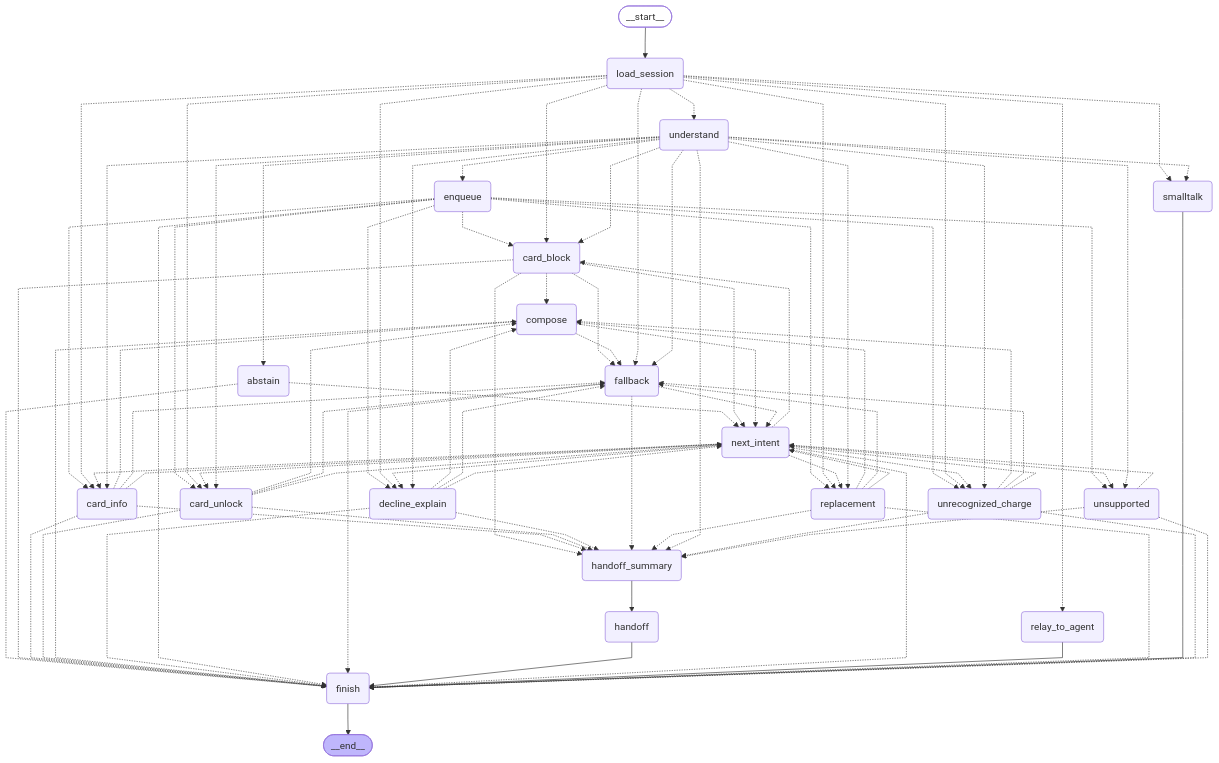
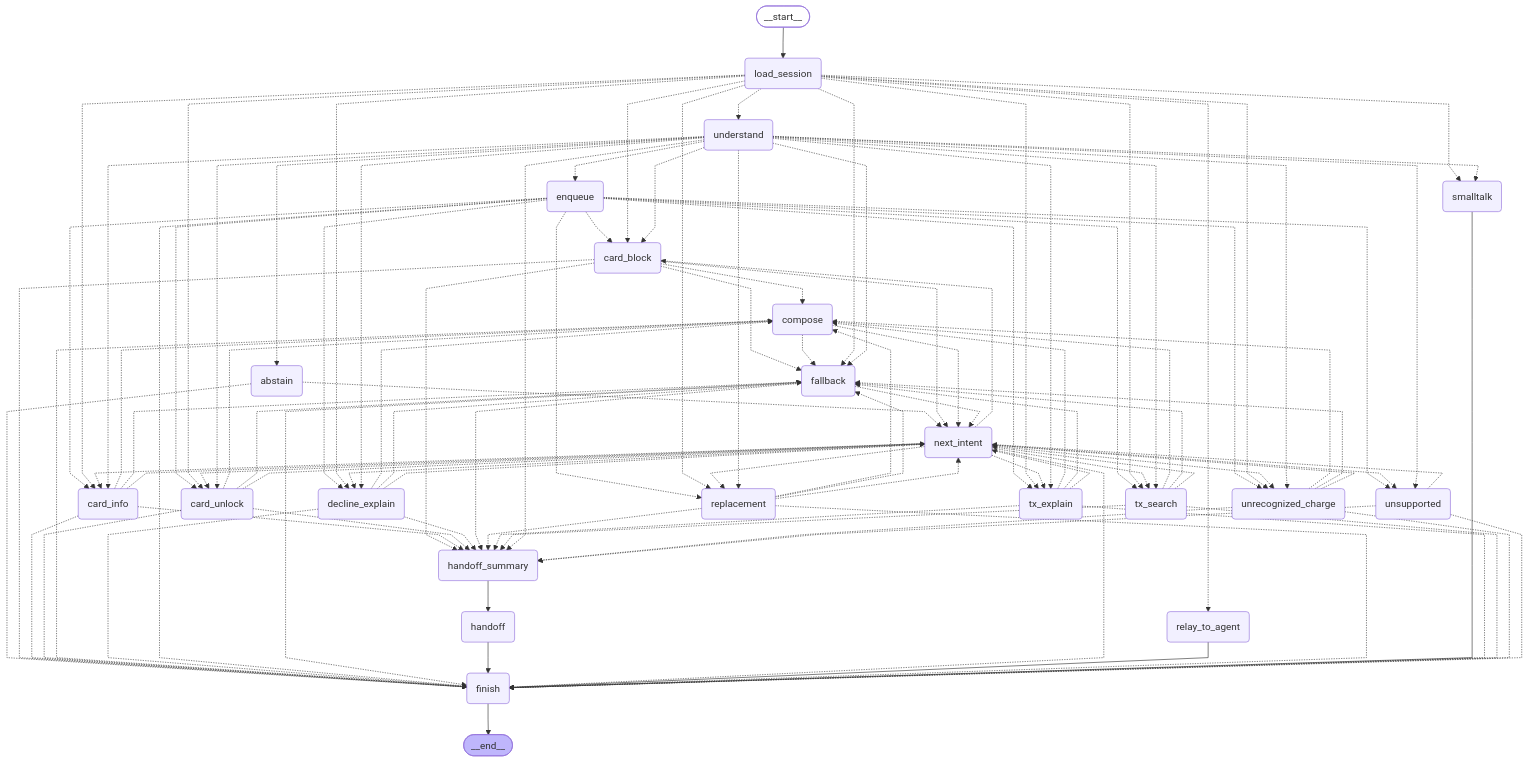
The diagram in docs/diagrams/turn-graph-v0.mmd (YhBedoya/factored-hackathon-2026-inferencia-aplicada), drawn with Mermaid before and after one commit. The commit also changed 91 other files, not shown here.

```diff
--- a/docs/diagrams/turn-graph-v0.mmd
+++ b/docs/diagrams/turn-graph-v0.mmd
@@ -1,115 +1,135 @@
 ---
 config:
   flowchart:
     curve: linear
 ---
 graph TD;
 	__start__([<p>__start__</p>]):::first
 	load_session(load_session)
 	understand(understand)
 	smalltalk(smalltalk)
 	enqueue(enqueue)
 	card_info(card_info)
 	card_block(card_block)
 	card_unlock(card_unlock)
 	replacement(replacement)
 	unrecognized_charge(unrecognized_charge)
 	decline_explain(decline_explain)
+	tx_search(tx_search)
+	tx_explain(tx_explain)
 	unsupported(unsupported)
 	fallback(fallback)
 	compose(compose)
 	next_intent(next_intent)
 	finish(finish)
 	abstain(abstain)
 	handoff_summary(handoff_summary)
 	handoff(handoff)
 	relay_to_agent(relay_to_agent)
 	__end__([<p>__end__</p>]):::last
 	__start__ --> load_session;
 	abstain -.-> finish;
 	abstain -.-> next_intent;
 	card_block -.-> compose;
 	card_block -.-> fallback;
 	card_block -.-> finish;
 	card_block -.-> handoff_summary;
 	card_block -.-> next_intent;
 	card_info -.-> compose;
 	card_info -.-> fallback;
 	card_info -.-> finish;
 	card_info -.-> handoff_summary;
 	card_info -.-> next_intent;
 	card_unlock -.-> compose;
 	card_unlock -.-> fallback;
 	card_unlock -.-> finish;
 	card_unlock -.-> handoff_summary;
 	card_unlock -.-> next_intent;
 	compose -.-> fallback;
 	compose -.-> finish;
 	compose -.-> next_intent;
 	decline_explain -.-> compose;
 	decline_explain -.-> fallback;
 	decline_explain -.-> finish;
 	decline_explain -.-> handoff_summary;
 	decline_explain -.-> next_intent;
 	enqueue -.-> card_block;
 	enqueue -.-> card_info;
 	enqueue -.-> card_unlock;
 	enqueue -.-> decline_explain;
 	enqueue -.-> finish;
 	enqueue -.-> replacement;
+	enqueue -.-> tx_explain;
+	enqueue -.-> tx_search;
 	enqueue -.-> unrecognized_charge;
 	enqueue -.-> unsupported;
 	fallback -.-> finish;
 	fallback -.-> handoff_summary;
 	fallback -.-> next_intent;
 	handoff --> finish;
 	handoff_summary --> handoff;
 	load_session -.-> card_block;
 	load_session -.-> card_info;
 	load_session -.-> card_unlock;
 	load_session -.-> decline_explain;
 	load_session -.-> fallback;
 	load_session -.-> relay_to_agent;
 	load_session -.-> replacement;
 	load_session -.-> smalltalk;
+	load_session -.-> tx_explain;
+	load_session -.-> tx_search;
 	load_session -.-> understand;
 	load_session -.-> unrecognized_charge;
 	next_intent -.-> card_block;
 	next_intent -.-> card_info;
 	next_intent -.-> card_unlock;
 	next_intent -.-> decline_explain;
 	next_intent -.-> finish;
 	next_intent -.-> replacement;
+	next_intent -.-> tx_explain;
+	next_intent -.-> tx_search;
 	next_intent -.-> unrecognized_charge;
 	next_intent -.-> unsupported;
 	relay_to_agent --> finish;
 	replacement -.-> compose;
 	replacement -.-> fallback;
 	replacement -.-> finish;
 	replacement -.-> handoff_summary;
 	replacement -.-> next_intent;
 	smalltalk --> finish;
+	tx_explain -.-> compose;
+	tx_explain -.-> fallback;
+	tx_explain -.-> finish;
+	tx_explain -.-> handoff_summary;
+	tx_explain -.-> next_intent;
+	tx_search -.-> compose;
+	tx_search -.-> fallback;
+	tx_search -.-> finish;
+	tx_search -.-> handoff_summary;
+	tx_search -.-> next_intent;
 	understand -.-> abstain;
 	understand -.-> card_block;
 	understand -.-> card_info;
 	understand -.-> card_unlock;
 	understand -.-> decline_explain;
 	understand -.-> enqueue;
 	understand -.-> fallback;
 	understand -.-> handoff_summary;
 	understand -.-> replacement;
 	understand -.-> smalltalk;
+	understand -.-> tx_explain;
+	understand -.-> tx_search;
 	understand -.-> unrecognized_charge;
 	understand -.-> unsupported;
 	unrecognized_charge -.-> compose;
 	unrecognized_charge -.-> fallback;
 	unrecognized_charge -.-> finish;
 	unrecognized_charge -.-> handoff_summary;
 	unrecognized_charge -.-> next_intent;
 	unsupported -.-> finish;
 	unsupported -.-> handoff_summary;
 	unsupported -.-> next_intent;
 	finish --> __end__;
 	classDef default fill:#f2f0ff,line-height:1.2
 	classDef first fill-opacity:0
 	classDef last fill:#bfb6fc
```
